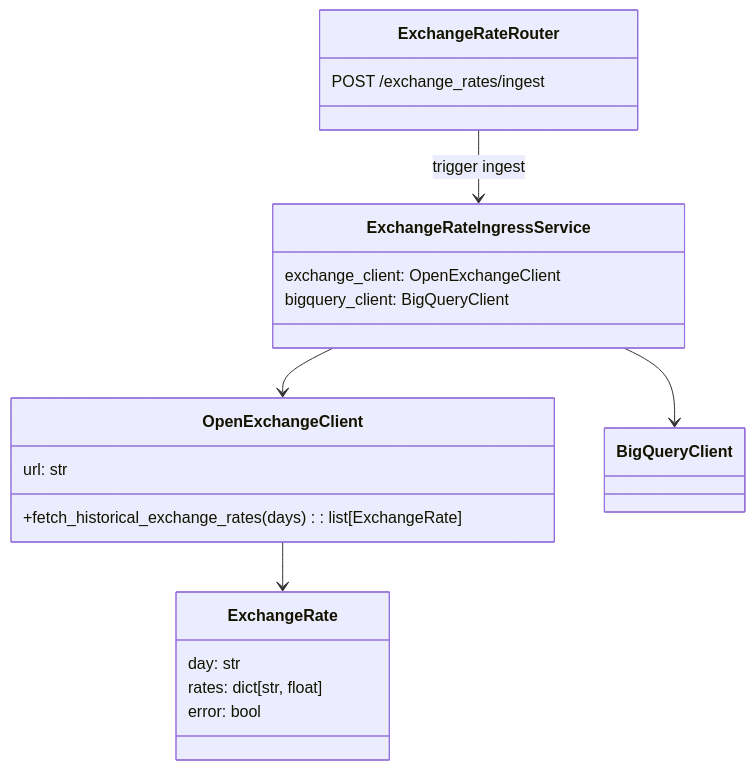
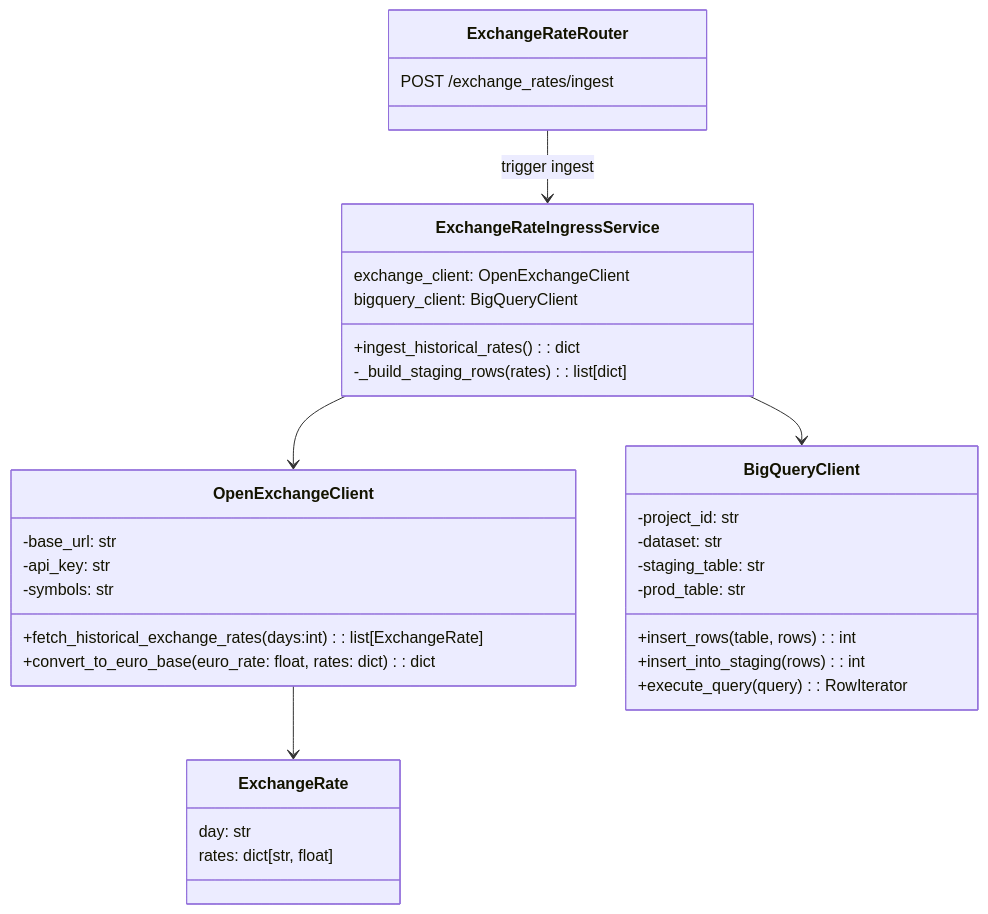
One commit to JustinMelger/exchange-rate-service changed the second of 2 diagrams in README.md. Above: the diagram before and after it, drawn with Mermaid. The commit also changed 2 other files, not shown here.

Commit message:
docs: Update Readme + docstrings

````diff
--- a/README.md
+++ b/README.md
@@ -32,34 +32,42 @@
 ```mermaid
 classDiagram
     class OpenExchangeClient {
-        url: str
-        +fetch_historical_exchange_rates(days): list[ExchangeRate]
-
+        -base_url: str
+        -api_key: str
+        -symbols: str
+        +fetch_historical_exchange_rates(days:int): list[ExchangeRate]
+        +convert_to_euro_base(euro_rate: float, rates: dict): dict
     }
 
     class ExchangeRate {
         day: str
         rates: dict[str, float]
-        error: bool
-
     }
 
     class BigQueryClient {
-
+        -project_id: str
+        -dataset: str
+        -staging_table: str
+        -prod_table: str
+        +insert_rows(table, rows): int
+        +insert_into_staging(rows): int
+        +execute_query(query): RowIterator
     }
 
     class ExchangeRateIngressService {
         exchange_client: OpenExchangeClient
         bigquery_client: BigQueryClient
+        +ingest_historical_rates(): dict
+        -_build_staging_rows(rates): list[dict]
 
     }
 
     class ExchangeRateRouter {
         POST /exchange_rates/ingest
     }
 
     ExchangeRateIngressService --> OpenExchangeClient
     ExchangeRateIngressService --> BigQueryClient
     OpenExchangeClient --> ExchangeRate
     ExchangeRateRouter --> ExchangeRateIngressService : trigger ingest
 ```
````
